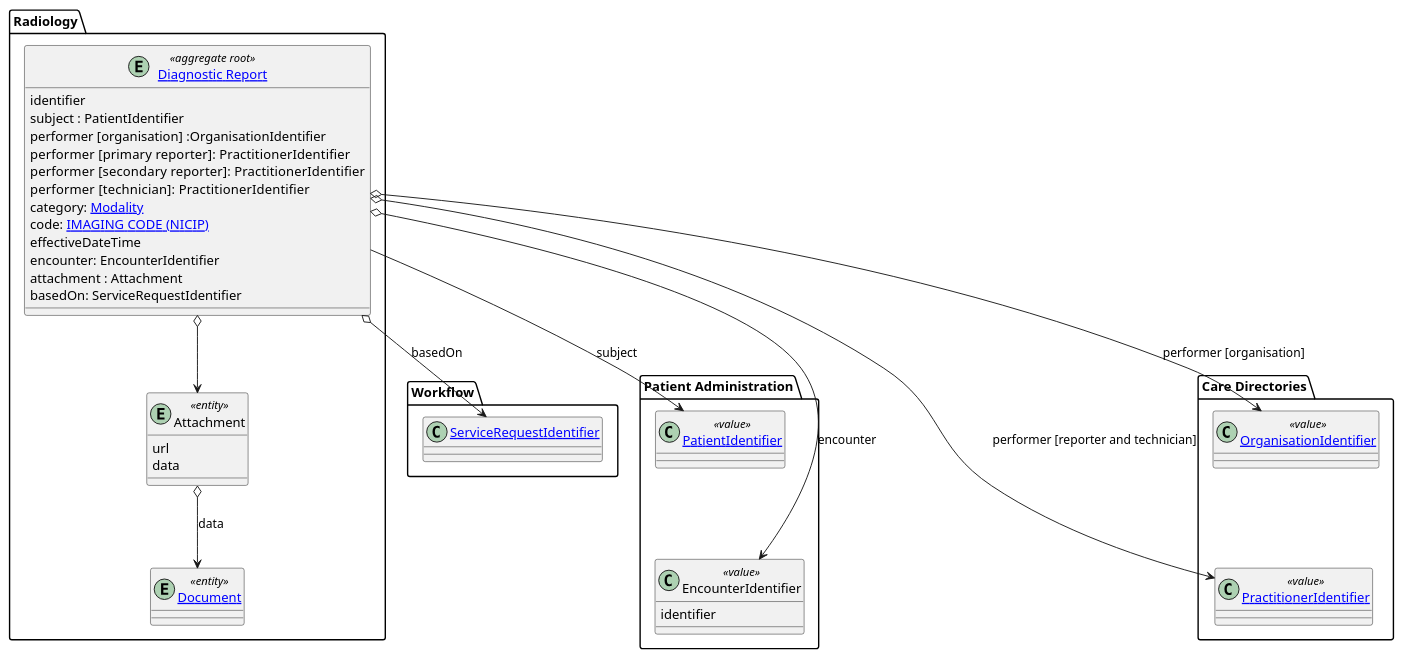
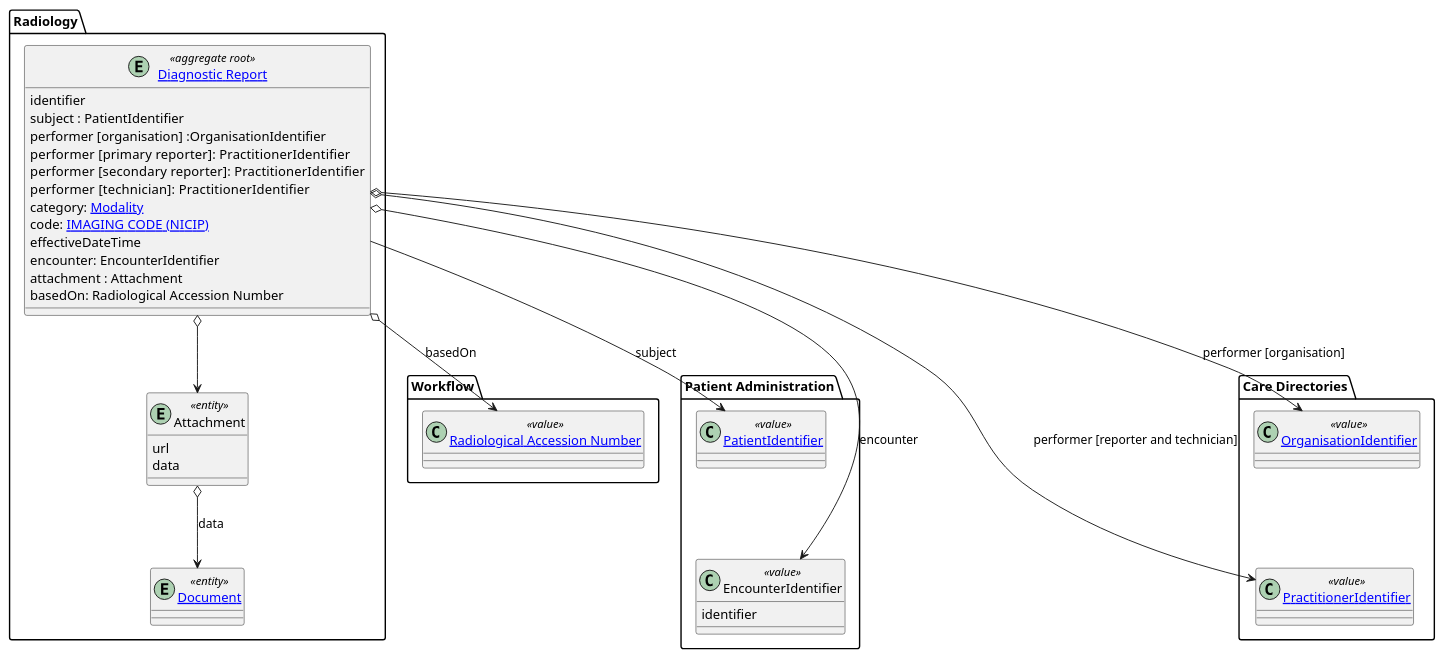
The diagram in input/images-source/entity-diagnostic-report.plantuml (NHSDigital/national-imaging-repository-specification), drawn with PlantUML before and after one commit. The commit also changed 3 other files, not shown here.

```diff
--- a/input/images-source/entity-diagnostic-report.plantuml
+++ b/input/images-source/entity-diagnostic-report.plantuml
@@ -1,81 +1,81 @@
 @startuml
 
 skinparam svgDimensionStyle false
 
 package healthdocuments as "Radiology" {
 
   entity "[[StructureDefinition-DiagnosticReport.html Diagnostic Report]]" as diagnosticReport  <<aggregate root>>  {
     identifier
     subject : PatientIdentifier
     performer [organisation] :OrganisationIdentifier
     performer [primary reporter]:   PractitionerIdentifier
     performer [secondary reporter]:   PractitionerIdentifier
     performer [technician]:   PractitionerIdentifier
     category: [[https://dicom.nema.org/medical/dicom/current/output/chtml/part16/sect_CID_29.html Modality]]
     code: [[https://www.datadictionary.nhs.uk/data_elements/imaging_code__nicip_.html IMAGING CODE (NICIP)]]
     effectiveDateTime
     encounter: EncounterIdentifier
     attachment : Attachment
-    basedOn: ServiceRequestIdentifier
+    basedOn: Radiological Accession Number
   }
 
   entity "Attachment" as attachment <<entity>> {
     url
     data
     }
 
   entity "[[StructureDefinition-Document.html Document]]" as Document <<entity>> {
   }
 
 
 
 }
 
 
 package Workflow {
-  class "[[StructureDefinition-accession-number.html ServiceRequestIdentifier]]" as ServiceRequestIdentifier {
+  class "[[StructureDefinition-accession-number.html Radiological Accession Number]]" as RadiologicalAccessionNumber <<value>> {
   }
 }
 
 package PatientAdministration as "Patient Administration" {
 
 
   class "[[StructureDefinition-patient-identifier.html PatientIdentifier]]" as PatientIdentifier <<value>> {
   }
 
 
 
   class EncounterIdentifier <<value>> {
     identifier
   }
 
   PatientIdentifier -d[hidden]- EncounterIdentifier
 }
 
 
 package directories as "Care Directories" {
 
 class "[[StructureDefinition-organisation-identifier.html OrganisationIdentifier]]" as OrganisationIdentifier <<value>> {
 }
 
 class "[[StructureDefinition-practitioner-identifier.html PractitionerIdentifier]]" as PractitionerIdentifier <<value>>  {
 }
 
   OrganisationIdentifier -d[hidden]- PractitionerIdentifier
 
 }
 
 
   diagnosticReport o--> attachment
 
   attachment o--> Document : data
 
 
   diagnosticReport -d-> PatientIdentifier : subject
   diagnosticReport o--> EncounterIdentifier: encounter
   diagnosticReport o-d-> OrganisationIdentifier : performer [organisation]
   diagnosticReport o--> PractitionerIdentifier: performer [reporter and technician]
-  diagnosticReport o--> ServiceRequestIdentifier: basedOn
+  diagnosticReport o--> RadiologicalAccessionNumber: basedOn
 
 
 @enduml
```
